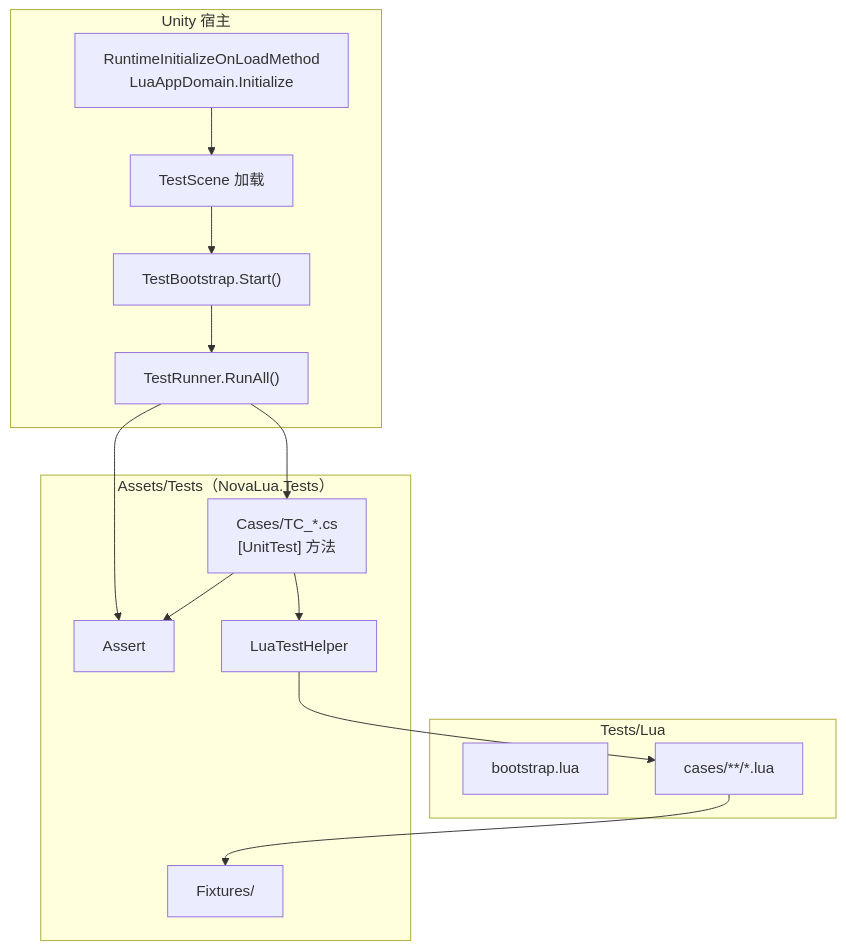
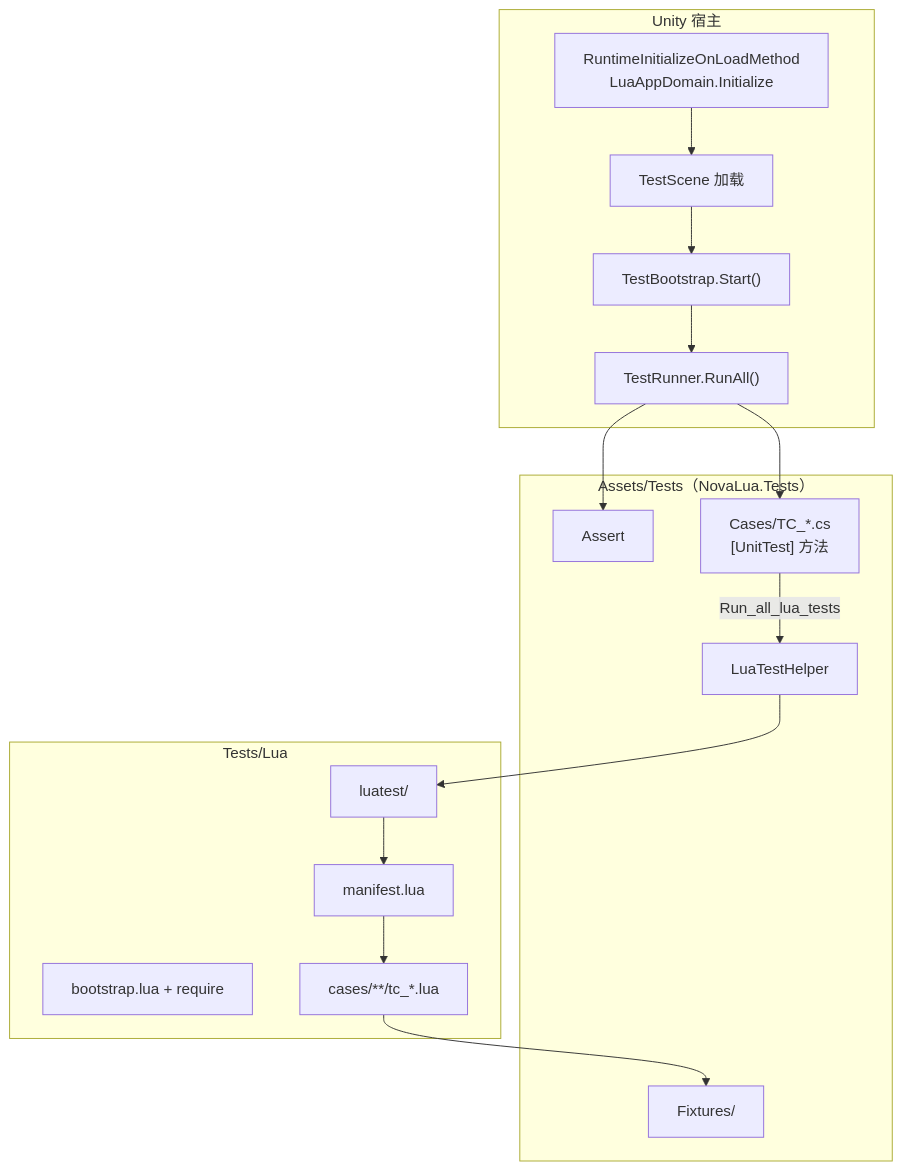
The diagram in Docs/TEST_FRAMEWORK.md (focus-creative-games/zlua), drawn with Mermaid before and after one commit. The commit also changed other lines of this file and 20 other files, not shown here.

````diff
--- a/Docs/TEST_FRAMEWORK.md
+++ b/Docs/TEST_FRAMEWORK.md
@@ -79,29 +86,31 @@
 ```mermaid
 flowchart TB
     subgraph Unity["Unity 宿主"]
         Init["RuntimeInitializeOnLoadMethod\nLuaAppDomain.Initialize"]
         Scene["TestScene 加载"]
         TB["TestBootstrap.Start()"]
         TR["TestRunner.RunAll()"]
     end
 
     subgraph CS["Assets/Tests（NovaLua.Tests）"]
         Assert["Assert"]
         Cases["Cases/TC_*.cs\n[UnitTest] 方法"]
         Fix["Fixtures/"]
         LTH["LuaTestHelper"]
     end
 
     subgraph Lua["Tests/Lua"]
-        Boot["bootstrap.lua"]
-        Scripts["cases/**/*.lua"]
+        Boot["bootstrap.lua + require"]
+        LT["luatest/"]
+        Manifest["manifest.lua"]
+        Scripts["cases/**/tc_*.lua"]
     end
 
     Init --> Scene --> TB --> TR
     TR --> Cases
-    Cases --> Assert
-    Cases --> LTH
-    LTH --> Scripts
+    Cases -->|"Run_all_lua_tests"| LTH
+    LTH --> LT
+    LT --> Manifest --> Scripts
     Scripts --> Fix
     TR --> Assert
 ```
````
